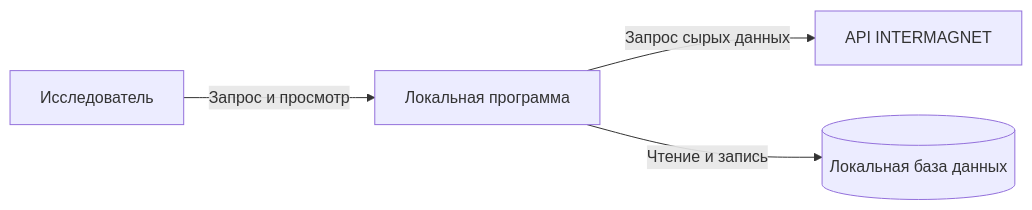
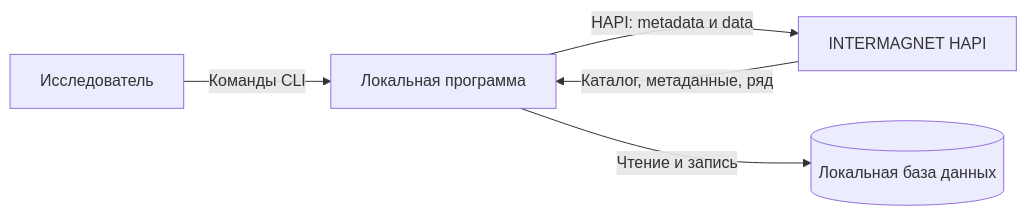
Before and after one commit to NaVi-4oK/team-amd: the first of 4 diagrams in docs/architecture.md, drawn with Mermaid. The commit also changed other lines of this file, not shown here.

````diff
--- a/docs/architecture.md
+++ b/docs/architecture.md
@@ -13,6 +13,7 @@
 ```mermaid
 flowchart LR
-    user["Исследователь"] -->|"Запрос и просмотр"| app["Локальная программа"]
-    app -->|"Запрос сырых данных"| intermagnet["API INTERMAGNET"]
+    user["Исследователь"] -->|"Команды CLI"| app["Локальная программа"]
+    app -->|"HAPI: metadata и data"| intermagnet["INTERMAGNET HAPI"]
+    intermagnet -->|"Каталог, метаданные, ряд"| app
     app -->|"Чтение и запись"| db[("Локальная база данных")]
 ```
````
